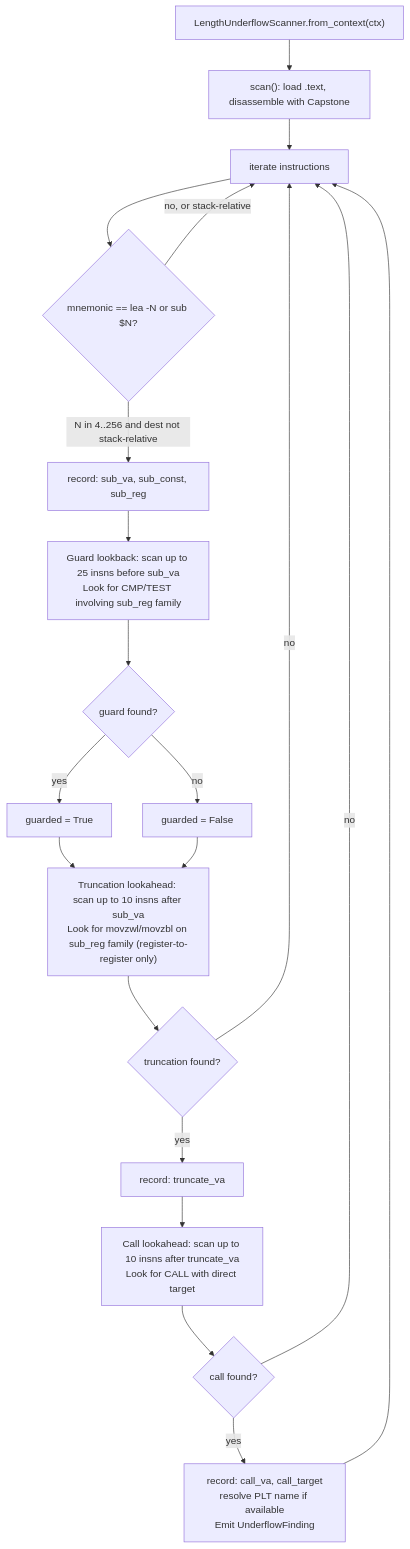
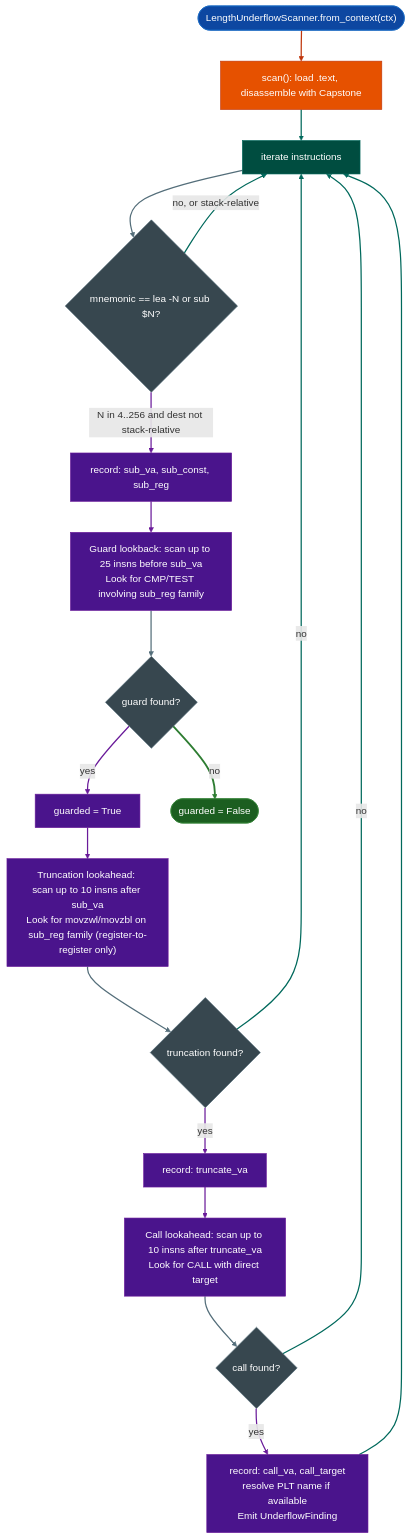
One commit to Ablation-Tool/ablation changed the diagram in docs/reference-modules/length-underflow.md. Above: the diagram before and after it, drawn with Mermaid. The commit also changed 320 other files, not shown here.

First line of the commit message:
docs: apply canonical Mermaid template to all 321 diagrams

````diff
--- a/docs/reference-modules/length-underflow.md
+++ b/docs/reference-modules/length-underflow.md
@@ -21,21 +21,45 @@
 ```mermaid
 flowchart TD
-    A["LengthUnderflowScanner.from_context(ctx)"] --> B["scan(): load .text, disassemble with Capstone"]
-    B --> C[iterate instructions]
-    C --> D{mnemonic == lea -N or sub $N?}
-    D -->|N in 4..256 and dest not stack-relative| E[record: sub_va, sub_const, sub_reg]
-    D -->|no, or stack-relative| C
-    E --> F["Guard lookback: scan up to 25 insns before sub_va\nLook for CMP/TEST involving sub_reg family"]
-    F --> G{guard found?}
-    G -->|yes| H[guarded = True]
-    G -->|no| I[guarded = False]
-    H & I --> J["Truncation lookahead: scan up to 10 insns after sub_va\nLook for movzwl/movzbl on sub_reg family (register-to-register only)"]
-    J --> K{truncation found?}
-    K -->|no| C
-    K -->|yes| L[record: truncate_va]
-    L --> M["Call lookahead: scan up to 10 insns after truncate_va\nLook for CALL with direct target"]
-    M --> N{call found?}
-    N -->|no| C
-    N -->|yes| O["record: call_va, call_target\nresolve PLT name if available\nEmit UnderflowFinding"]
-    O --> C
+    A(["LengthUnderflowScanner.from_context(ctx)"]):::input --> B["scan(): load .text, disassemble with Capstone"]:::primary
+    B:::primary --> C["iterate instructions"]:::secondary
+    C:::secondary --> D{"mnemonic == lea -N or sub $N?"}:::neutral
+    D:::neutral -->|N in 4..256 and dest not stack-relative| E["record: sub_va, sub_const, sub_reg"]:::tertiary
+    D:::neutral -->|no, or stack-relative| C:::secondary
+    E:::tertiary --> F["Guard lookback: scan up to 25 insns before sub_va\nLook for CMP/TEST involving sub_reg family"]:::tertiary
+    F:::tertiary --> G{"guard found?"}:::neutral
+    G:::neutral -->|yes| H["guarded = True"]:::tertiary
+    G:::neutral -->|no| I(["guarded = False"]):::output
+    H:::tertiary --> J["Truncation lookahead: scan up to 10 insns after sub_va\nLook for movzwl/movzbl on sub_reg family (register-to-register only)"]:::tertiary
+    J:::tertiary --> K{"truncation found?"}:::neutral
+    K:::neutral -->|no| C:::secondary
+    K:::neutral -->|yes| L["record: truncate_va"]:::tertiary
+    L:::tertiary --> M["Call lookahead: scan up to 10 insns after truncate_va\nLook for CALL with direct target"]:::tertiary
+    M:::tertiary --> N{"call found?"}:::neutral
+    N:::neutral -->|no| C:::secondary
+    N:::neutral -->|yes| O["record: call_va, call_target\nresolve PLT name if available\nEmit UnderflowFinding"]:::tertiary
+    O:::tertiary --> C:::secondary
+    classDef input     fill:#0d47a1,stroke:#1565c0,color:#fff
+    classDef primary   fill:#e65100,stroke:#bf360c,color:#fff
+    classDef secondary fill:#004d40,stroke:#00695c,color:#fff
+    classDef tertiary  fill:#4a148c,stroke:#6a1b9a,color:#fff
+    classDef neutral   fill:#37474f,stroke:#546e7a,color:#fff
+    classDef output    fill:#1b5e20,stroke:#2e7d32,color:#fff
+    linkStyle 0 stroke:#bf360c,stroke-width:2px
+    linkStyle 1 stroke:#00695c,stroke-width:2px
+    linkStyle 2 stroke:#546e7a,stroke-width:2px
+    linkStyle 3 stroke:#6a1b9a,stroke-width:2px
+    linkStyle 4 stroke:#00695c,stroke-width:2px
+    linkStyle 5 stroke:#6a1b9a,stroke-width:2px
+    linkStyle 6 stroke:#546e7a,stroke-width:2px
+    linkStyle 7 stroke:#6a1b9a,stroke-width:2px
+    linkStyle 8 stroke:#2e7d32,stroke-width:3px
+    linkStyle 9 stroke:#6a1b9a,stroke-width:2px
+    linkStyle 10 stroke:#546e7a,stroke-width:2px
+    linkStyle 11 stroke:#00695c,stroke-width:2px
+    linkStyle 12 stroke:#6a1b9a,stroke-width:2px
+    linkStyle 13 stroke:#6a1b9a,stroke-width:2px
+    linkStyle 14 stroke:#546e7a,stroke-width:2px
+    linkStyle 15 stroke:#00695c,stroke-width:2px
+    linkStyle 16 stroke:#6a1b9a,stroke-width:2px
+    linkStyle 17 stroke:#00695c,stroke-width:2px
 ```
````
